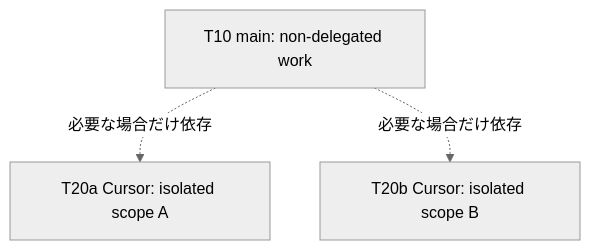
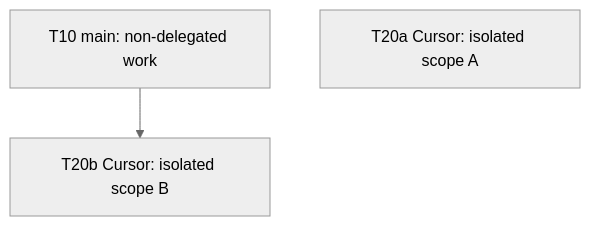
One commit to ryryo/dot-claude-dev changed the first of 2 diagrams in .codex/skills/dev/cursor-agent-sprint-cli/templates/tasks.md. Above: the diagram before and after it, drawn with Mermaid (neutral theme). The commit also changed other lines of this file and 11 other files, not shown here.

````diff
--- a/.codex/skills/dev/cursor-agent-sprint-cli/templates/tasks.md
+++ b/.codex/skills/dev/cursor-agent-sprint-cli/templates/tasks.md
@@ -21,9 +21,8 @@
 ```mermaid
 flowchart TD
   T10["T10 main: non-delegated work"]
   T20a["T20a Cursor: isolated scope A"]
   T20b["T20b Cursor: isolated scope B"]
 
-  T10 -. "必要な場合だけ依存" .-> T20a
-  T10 -. "必要な場合だけ依存" .-> T20b
+  T10 --> T20b
 ```
````
